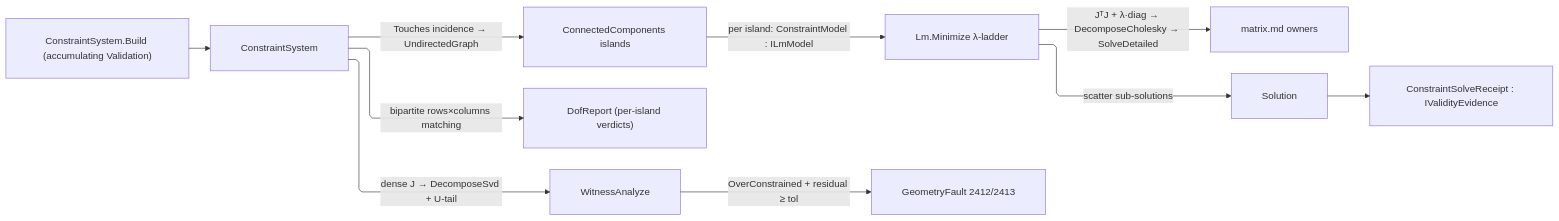
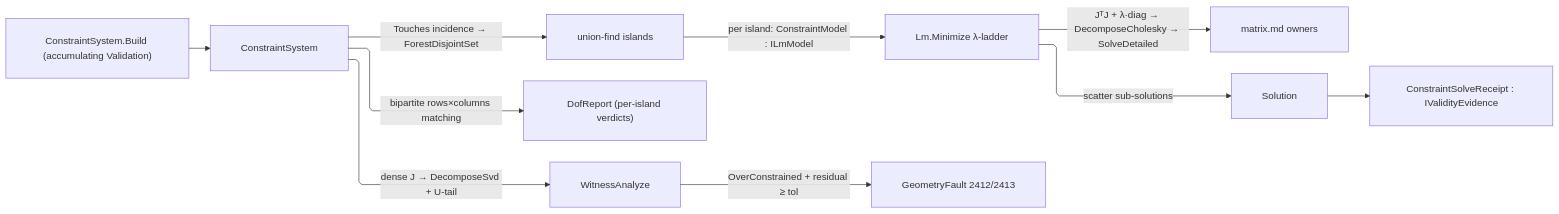
The diagram in libs/csharp/Rasm/.planning/Solving/solver.md (bsamiee/Rasm), drawn with Mermaid before and after one commit. The commit also changed other lines of this file and 747 other files, not shown here.

````diff
--- a/libs/csharp/Rasm/.planning/Solving/solver.md
+++ b/libs/csharp/Rasm/.planning/Solving/solver.md
@@ -840,21 +1177,21 @@
 ```mermaid
 ---
 config:
   layout: elk
   flowchart:
     curve: linear
     padding: 25
 ---
 flowchart LR
     accTitle: Constraint solver dispatch
     accDescr: Constraint systems decompose into islands, route through the shared LM functor, and return typed evidence.
     Build["ConstraintSystem.Build (accumulating Validation)"] --> System[ConstraintSystem]
-    System -->|"Touches incidence → UndirectedGraph"| Islands["ConnectedComponents islands"]
+    System -->|"Touches incidence → ForestDisjointSet"| Islands["union-find islands"]
     System -->|"bipartite rows×columns matching"| DofReport["DofReport (per-island verdicts)"]
     System -->|"dense J → DecomposeSvd + U-tail"| Witness["WitnessAnalyze"]
     Islands -->|"per island: ConstraintModel : ILmModel"| Lm["Lm.Minimize λ-ladder"]
     Lm -->|"JᵀJ + λ·diag → DecomposeCholesky → SolveDetailed"| Matrix["matrix.md owners"]
     Lm -->|"scatter sub-solutions"| Solution
     Witness -->|"OverConstrained + residual ≥ tol"| Fault["GeometryFault 2412/2413"]
     Solution --> Receipt["ConstraintSolveReceipt : IValidityEvidence"]
 ```
````
